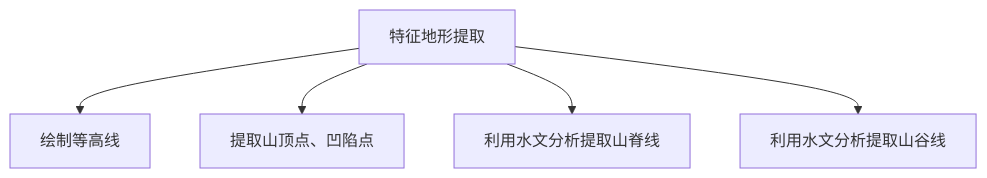
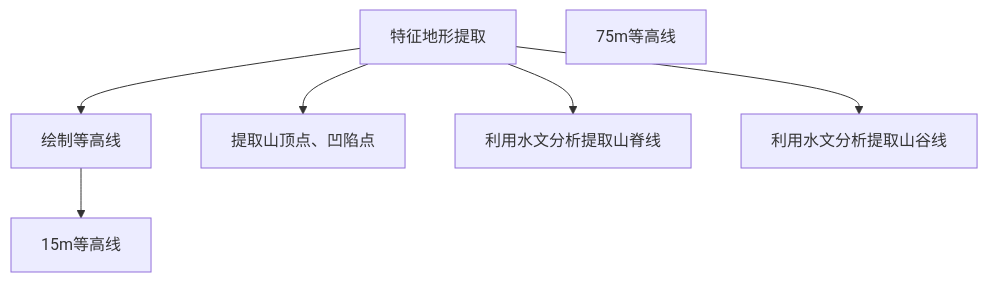
Before and after one commit to newguser/iodraw-files: the diagram in all/未命名-2.md, drawn with Mermaid.

Commit message:
2025-02-28 08:53:49 update

````diff
--- a/all/未命名-2.md
+++ b/all/未命名-2.md
@@ -1,8 +1,9 @@
 ```mermaid
 graph TD
     A[特征地形提取] --> B[绘制等高线]
    A --> C[提取山顶点、凹陷点]
     A --> D[利用水文分析提取山脊线]
     A --> E[利用水文分析提取山谷线]
-    B[绘制等高线]
+    B[绘制等高线]--> B1[15m等高线]
+        B2[75m等高线]
 ```
````
